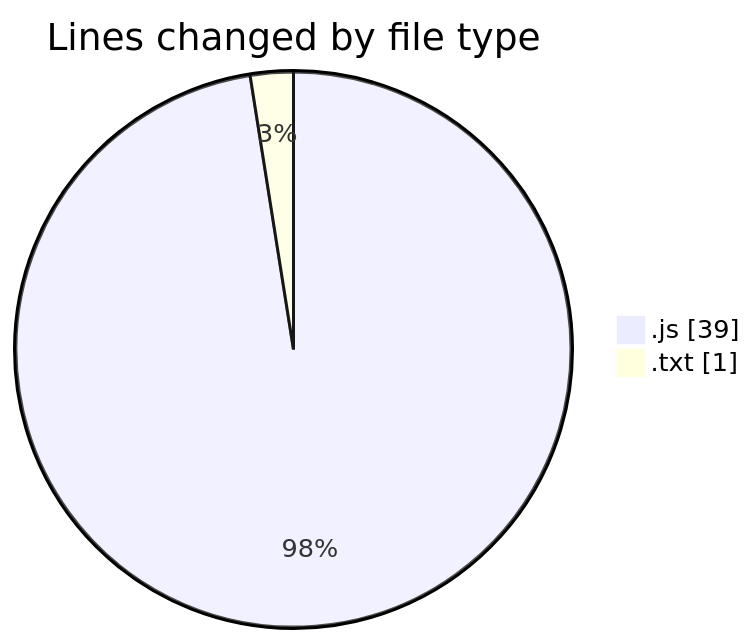
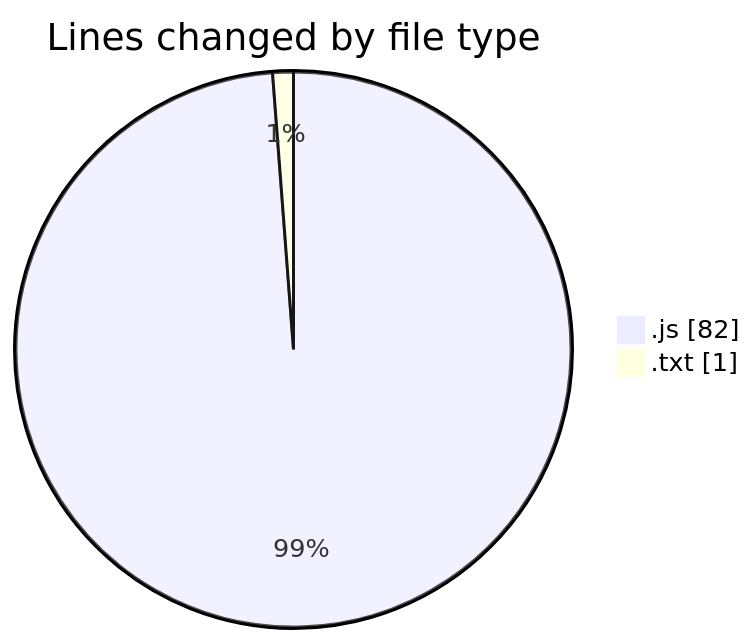
The first of 2 diagrams in 2025-03-17/02-parsing-request-bodies/README.md (BS-eng2023/code-tracking), drawn with Mermaid before and after one commit. The commit also changed other lines of this file and 1 other file, not shown here.

````diff
--- a/2025-03-17/02-parsing-request-bodies/README.md
+++ b/2025-03-17/02-parsing-request-bodies/README.md
@@ -21,6 +22,6 @@
 ```mermaid
 pie showData
 title Lines changed by file type
-".js" : 39
+".js" : 82
 ".txt" : 1
 ```
````
